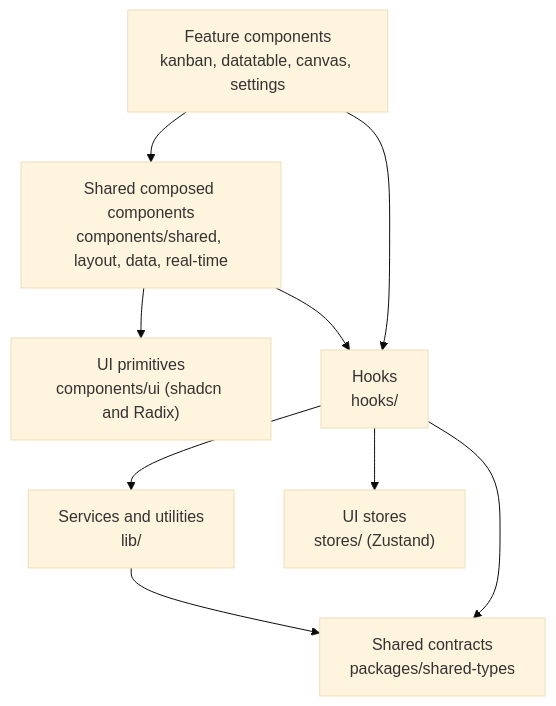
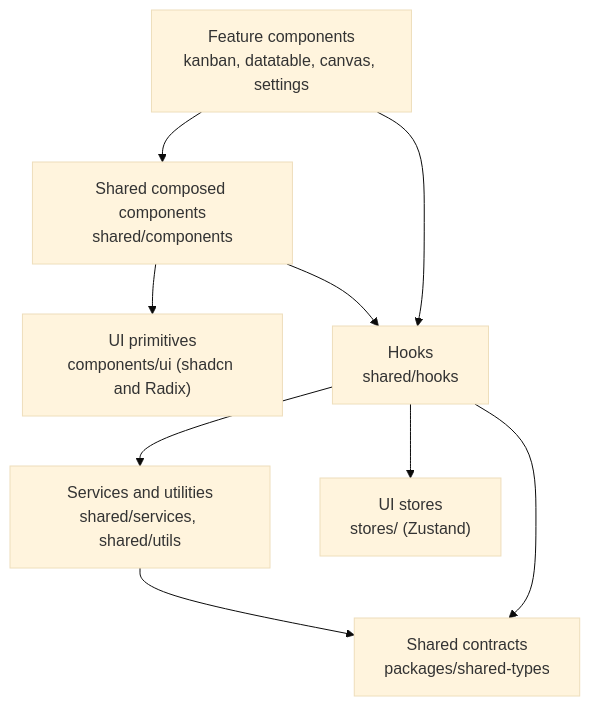
One commit to asadw1/kanban-workflow-suite changed the first of 3 diagrams in docs/ui-component-architecture.md. Above: the diagram before and after it, drawn with Mermaid (base theme). The commit also changed other lines of this file and 8 other files, not shown here.

Commit message:
refactor(crtwks): move web lib and hooks into a shared folder and document UI rules

````diff
--- a/docs/ui-component-architecture.md
+++ b/docs/ui-component-architecture.md
@@ -27,19 +27,19 @@
 ```mermaid
 flowchart TB
     Features["Feature components<br/>kanban, datatable, canvas, settings"]
-    Shared["Shared composed components<br/>components/shared, layout, data, real-time"]
+    Shared["Shared composed components<br/>shared/components"]
     Primitives["UI primitives<br/>components/ui (shadcn and Radix)"]
-    Hooks["Hooks<br/>hooks/"]
-    Lib["Services and utilities<br/>lib/"]
+    Hooks["Hooks<br/>shared/hooks"]
+    Lib["Services and utilities<br/>shared/services, shared/utils"]
     Stores["UI stores<br/>stores/ (Zustand)"]
     Types["Shared contracts<br/>packages/shared-types"]
 
     Features --> Shared
     Features --> Hooks
     Shared --> Primitives
     Shared --> Hooks
     Hooks --> Lib
     Hooks --> Stores
     Lib --> Types
     Hooks --> Types
 ```
````
